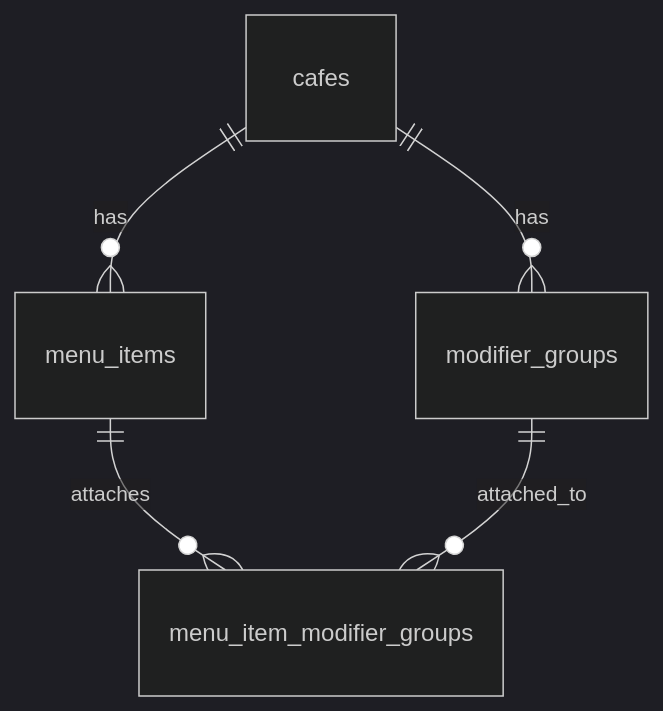
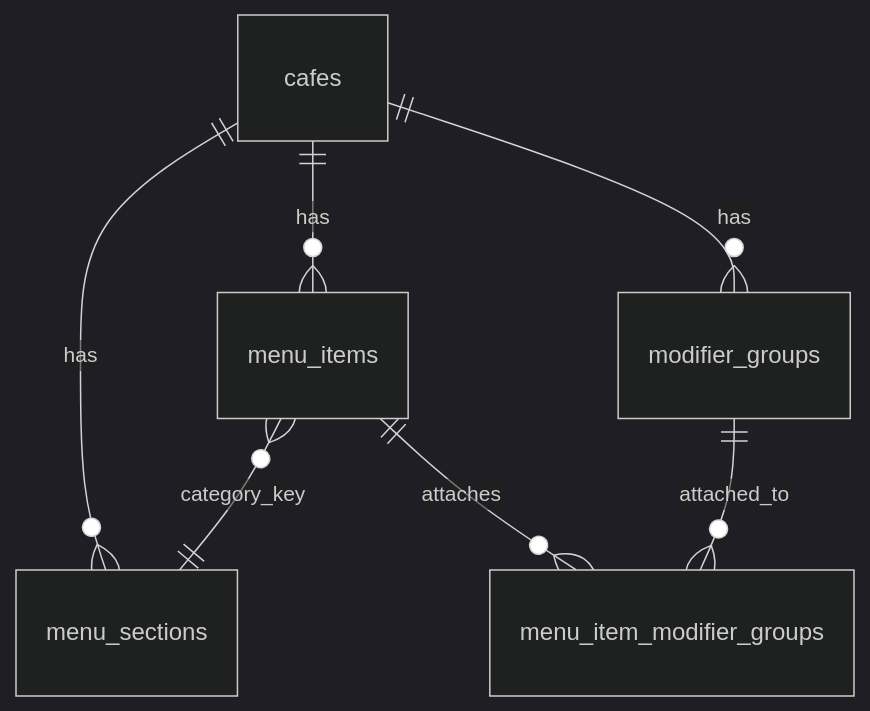
The diagram in docs/menu-management.md (SeanIntegrator/moonshot), drawn with Mermaid (dark theme) before and after one commit. The commit also changed other lines of this file and 25 other files, not shown here.

````diff
--- a/docs/menu-management.md
+++ b/docs/menu-management.md
@@ -18,7 +21,9 @@
 ```mermaid
 erDiagram
+  cafes ||--o{ menu_sections : has
   cafes ||--o{ menu_items : has
   cafes ||--o{ modifier_groups : has
+  menu_items }o--|| menu_sections : category_key
   menu_items ||--o{ menu_item_modifier_groups : attaches
   modifier_groups ||--o{ menu_item_modifier_groups : attached_to
 ```
````
